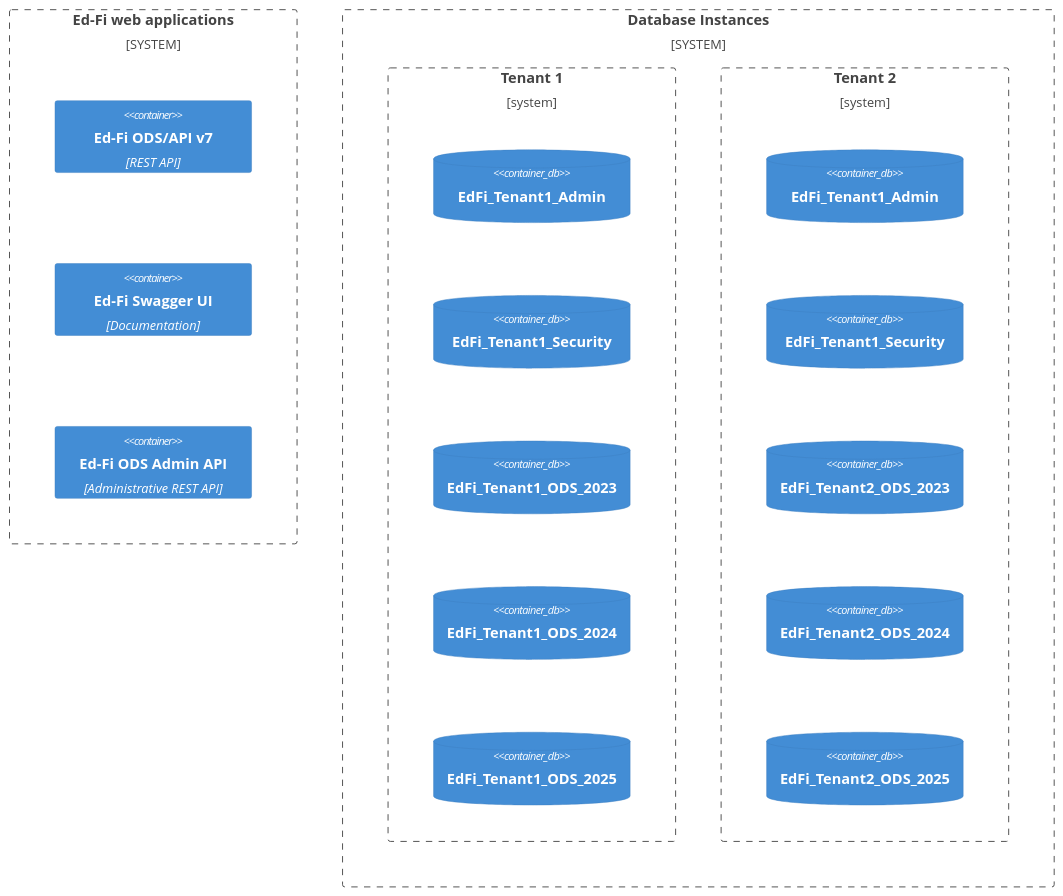
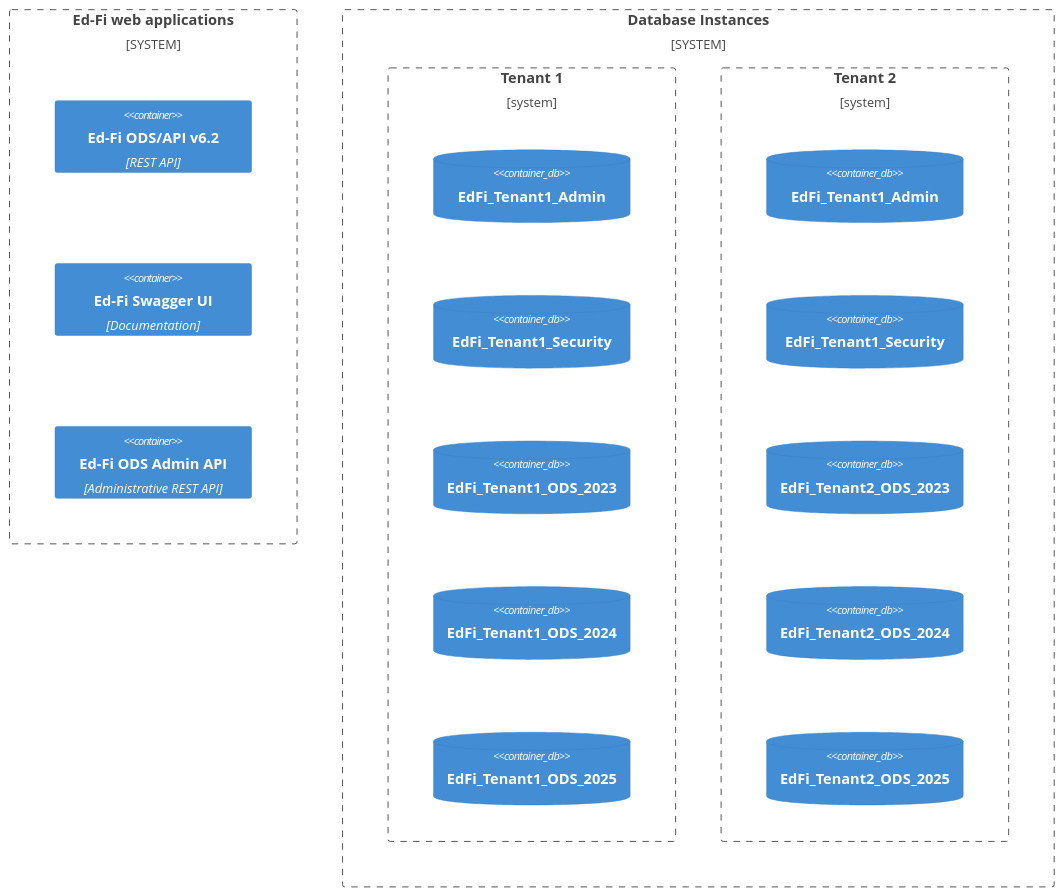
One commit to Ed-Fi-Alliance-OSS/ed-fi-alliance-oss.github.io changed the diagram in odsApi_versioned_docs/version-6.2/how-to-guides/multi-tenant-deployment-with-powershell.md. Above: the diagram before and after it, drawn with Mermaid (neutral theme). The commit also changed other lines of this file and 6 other files, not shown here.

Commit message:
Update documentation for Ed-Fi ODS/API v6.2: adjust target framework to .NET 8, correct package versions, and refine deployment instructions.

````diff
--- a/odsApi_versioned_docs/version-6.2/how-to-guides/multi-tenant-deployment-with-powershell.md
+++ b/odsApi_versioned_docs/version-6.2/how-to-guides/multi-tenant-deployment-with-powershell.md
@@ -17,28 +17,28 @@
 ```mermaid
 C4Container
     System_Boundary(webapps, "Ed-Fi web applications") {
-        Container(webapi, "Ed-Fi ODS/API v7", "REST API")
+        Container(webapi, "Ed-Fi ODS/API v6.2", "REST API")
         Container(swaggerui, "Ed-Fi Swagger UI", "Documentation")
         Container(adminapi, "Ed-Fi ODS Admin API", "Administrative REST API")
     }
 
     System_Boundary(databases, "Database Instances") {
         Boundary(tenant1, "Tenant 1") {
             ContainerDb(t1admin, "EdFi_Tenant1_Admin")
             ContainerDb(t1security, "EdFi_Tenant1_Security")
             ContainerDb(t12023, "EdFi_Tenant1_ODS_2023")
             ContainerDb(t12024, "EdFi_Tenant1_ODS_2024")
             ContainerDb(t12025, "EdFi_Tenant1_ODS_2025")
         }
 
         Boundary(tenant2, "Tenant 2") {
             ContainerDb(t2admin, "EdFi_Tenant1_Admin")
             ContainerDb(t2security, "EdFi_Tenant1_Security")
             ContainerDb(t22023, "EdFi_Tenant2_ODS_2023")
             ContainerDb(t22024, "EdFi_Tenant2_ODS_2024")
             ContainerDb(t22025, "EdFi_Tenant2_ODS_2025")
         }
     }
 
     UpdateLayoutConfig($c4ShapeInRow="1", $c4BoundaryInRow="2")
 ```
````
